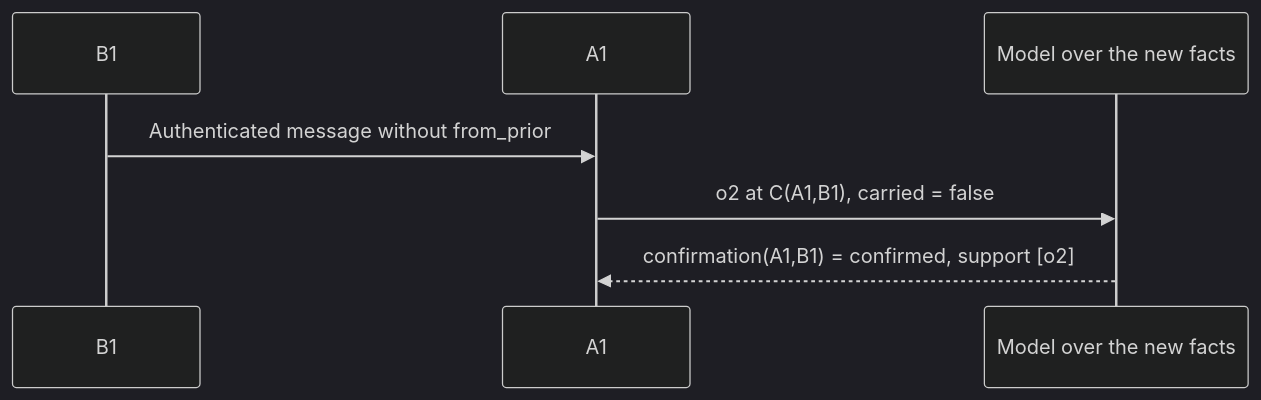
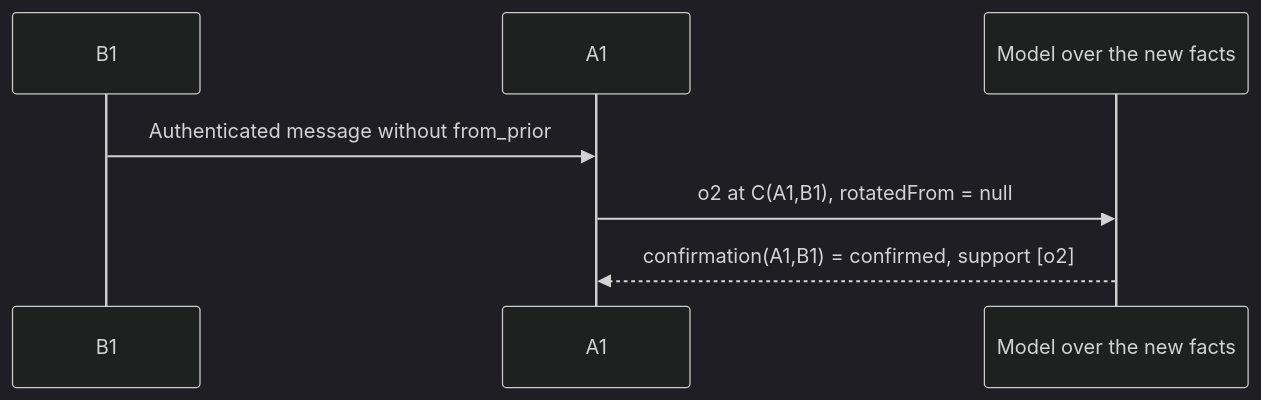
The fifth of 18 diagrams in packages/continuity/docs/guide.md (estoc-dev/estoc), drawn with Mermaid (dark theme) before and after one commit. The commit also changed other lines of this file and 32 other files, not shown here.

````diff
--- a/packages/continuity/docs/guide.md
+++ b/packages/continuity/docs/guide.md
@@ -163,9 +162,9 @@
 ```mermaid
 sequenceDiagram
     participant B1
     participant A1
     participant Model as Model over the new facts
     B1->>A1: Authenticated message without from_prior
-    A1->>Model: o2 at C(A1,B1), carried = false
+    A1->>Model: o2 at C(A1,B1), rotatedFrom = null
     Model-->>A1: confirmation(A1,B1) = confirmed, support [o2]
 ```
````
